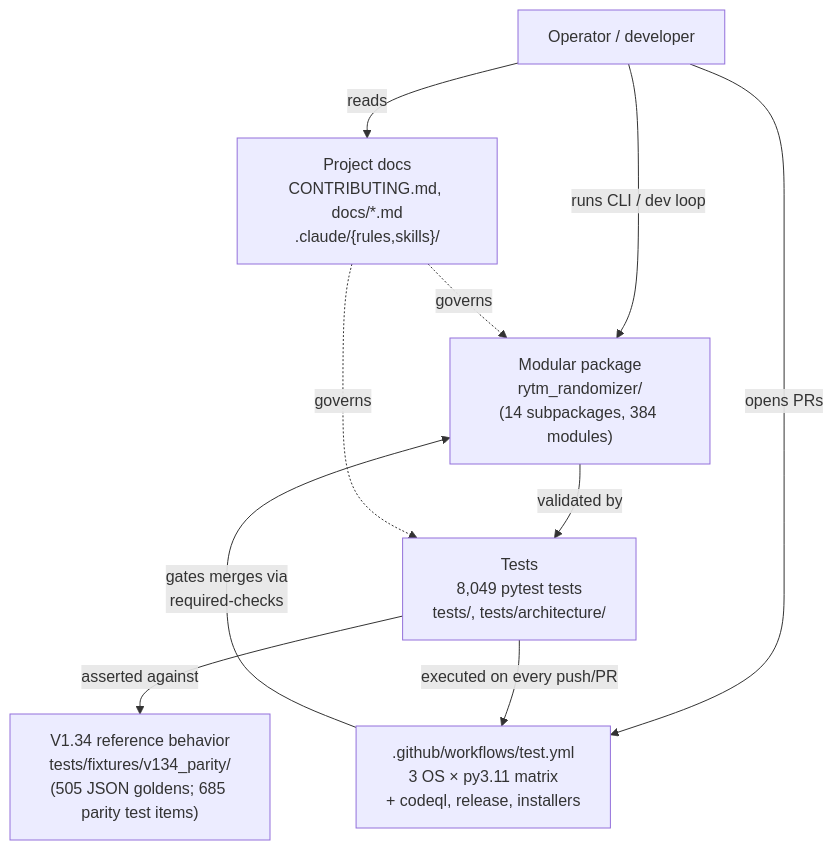
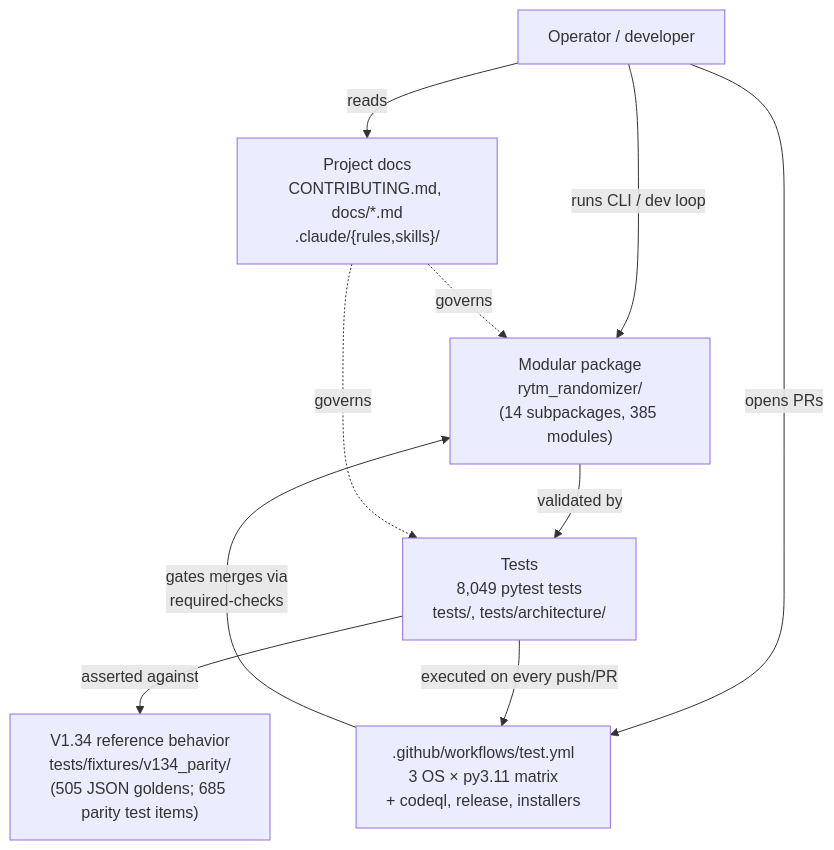
Before and after one commit to buzzijose-hub/RytmRandomizer: the first of 34 diagrams in docs/ARCHITECTURE_DIAGRAMS.md, drawn with Mermaid. The commit also changed other lines of this file and 10 other files, not shown here.

````diff
--- a/docs/ARCHITECTURE_DIAGRAMS.md
+++ b/docs/ARCHITECTURE_DIAGRAMS.md
@@ -53,22 +53,22 @@
 ```mermaid
 flowchart TB
     User["Operator / developer"]
     V134["V1.34 reference behavior<br/>tests/fixtures/v134_parity/<br/>(505 JSON goldens; 685 parity test items)"]
-    Package["Modular package<br/>rytm_randomizer/<br/>(14 subpackages, 384 modules)"]
+    Package["Modular package<br/>rytm_randomizer/<br/>(14 subpackages, 385 modules)"]
     Tests["Tests<br/>8,049 pytest tests<br/>tests/, tests/architecture/"]
     CI[".github/workflows/test.yml<br/>3 OS × py3.11 matrix<br/>+ codeql, release, installers"]
     Docs["Project docs<br/>CONTRIBUTING.md, docs/*.md<br/>.claude/{rules,skills}/"]
 
     User -->|"runs CLI / dev loop"| Package
     User -->|"opens PRs"| CI
     User -->|"reads"| Docs
 
     Package -->|"validated by"| Tests
     Tests -->|"asserted against"| V134
     Tests -->|"executed on every push/PR"| CI
 
     CI -->|"gates merges via<br/>required-checks"| Package
 
     Docs -.->|"governs"| Package
     Docs -.->|"governs"| Tests
 ```
````
